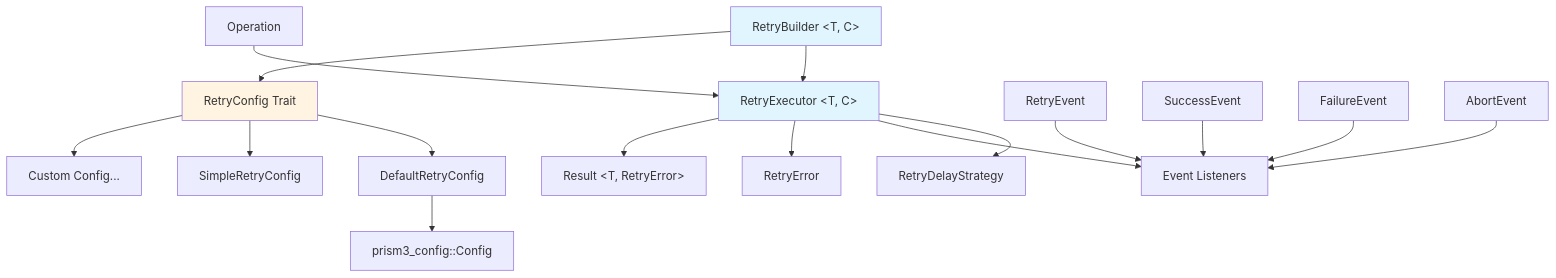
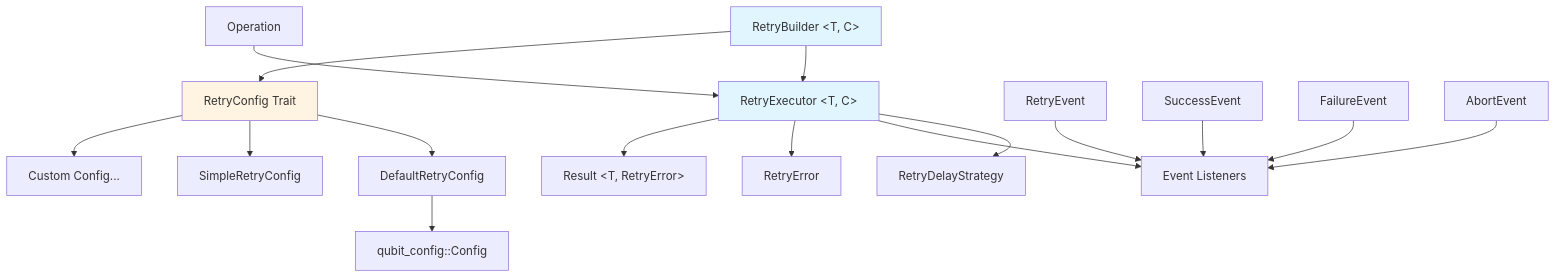
One commit to qubit-ltd/rust-retry changed the diagram in README.md. Above: the diagram before and after it, drawn with Mermaid. The commit also changed other lines of this file and 52 other files, not shown here.

````diff
--- a/README.md
+++ b/README.md
@@ -58,25 +58,25 @@
 ```mermaid
 graph TB
     A[RetryBuilder &lt;T, C&gt;] --> B[RetryExecutor &lt;T, C&gt;]
     A --> C[RetryConfig Trait]
     C --> D[DefaultRetryConfig]
     C --> E[SimpleRetryConfig]
     C --> F[Custom Config...]
-    D --> G[prism3_config::Config]
+    D --> G[qubit_config::Config]
 
     B --> H[RetryDelayStrategy]
     B --> I[Event Listeners]
     B --> J[RetryError]
 
     K[Operation] --> B
     B --> L[Result &lt;T, RetryError&gt;]
 
     M[RetryEvent] --> I
     N[SuccessEvent] --> I
     O[FailureEvent] --> I
     P[AbortEvent] --> I
 
     style A fill:#e1f5ff
     style B fill:#e1f5ff
     style C fill:#fff4e1
 ```
````
